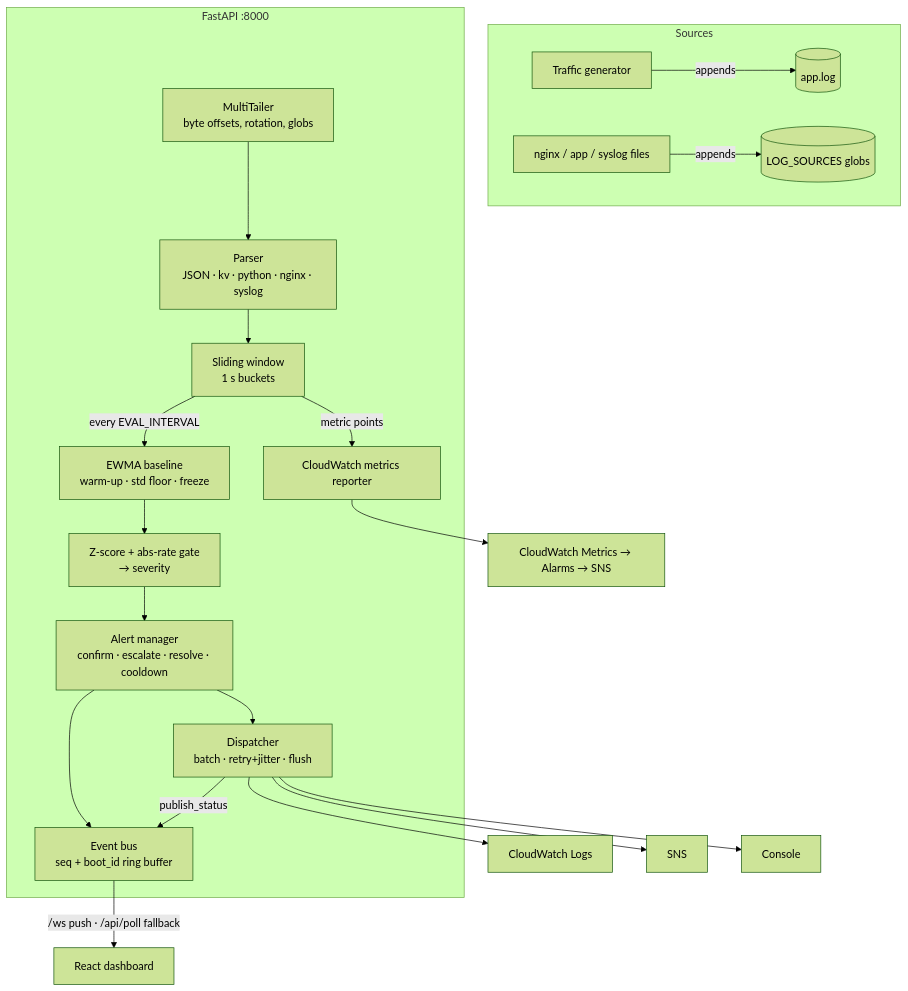
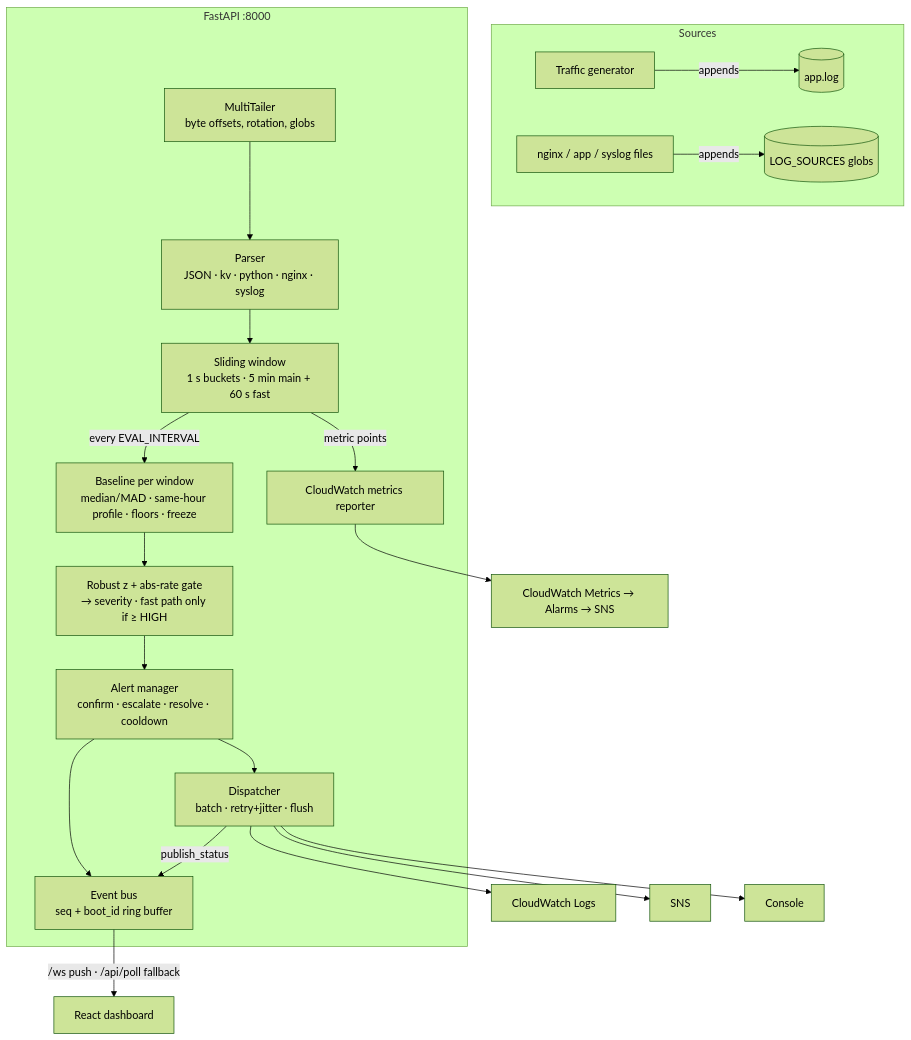
The diagram in README.md (pronov06/log-watch), drawn with Mermaid (forest theme) before and after one commit. The commit also changed other lines of this file and 26 other files, not shown here.

First line of the commit message:
Mentor review: median/MAD baseline, dual window, same-hour baseline, benchmark

````diff
--- a/README.md
+++ b/README.md
@@ -103,21 +143,21 @@
 ```mermaid
 flowchart TD
     subgraph Sources
         SIM[Traffic generator] -->|appends| LOGFILE[(app.log)]
         REAL[nginx / app / syslog files] -->|appends| LOGFILE2[(LOG_SOURCES globs)]
     end
     subgraph Backend [FastAPI :8000]
         TAILER[MultiTailer<br/>byte offsets, rotation, globs] --> PARSER[Parser<br/>JSON · kv · python · nginx · syslog]
-        PARSER --> WINDOW[Sliding window<br/>1 s buckets]
-        WINDOW -->|every EVAL_INTERVAL| BASELINE[EWMA baseline<br/>warm-up · std floor · freeze]
-        BASELINE --> DETECTOR[Z-score + abs-rate gate<br/>→ severity]
+        PARSER --> WINDOW[Sliding window<br/>1 s buckets · 5 min main + 60 s fast]
+        WINDOW -->|every EVAL_INTERVAL| BASELINE[Baseline per window<br/>median/MAD · same-hour profile · floors · freeze]
+        BASELINE --> DETECTOR[Robust z + abs-rate gate<br/>→ severity · fast path only if ≥ HIGH]
         DETECTOR --> ALERTS[Alert manager<br/>confirm · escalate · resolve · cooldown]
         ALERTS --> BUS[Event bus<br/>seq + boot_id ring buffer]
         ALERTS --> DISPATCH[Dispatcher<br/>batch · retry+jitter · flush]
         WINDOW -->|metric points| METRICS[CloudWatch metrics reporter]
     end
     DISPATCH --> CWL[CloudWatch Logs] & SNSN[SNS] & CON[Console]
     METRICS --> CWM[CloudWatch Metrics → Alarms → SNS]
     DISPATCH -->|publish_status| BUS
     BUS -->|/ws push · /api/poll fallback| UI[React dashboard]
 ```
````
